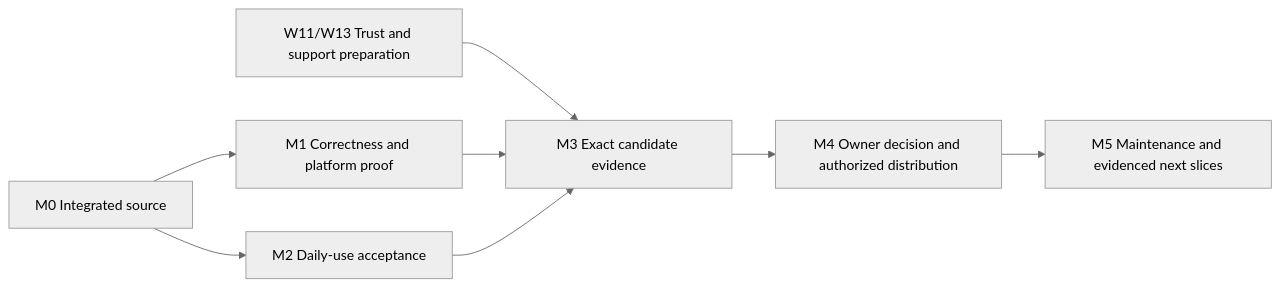
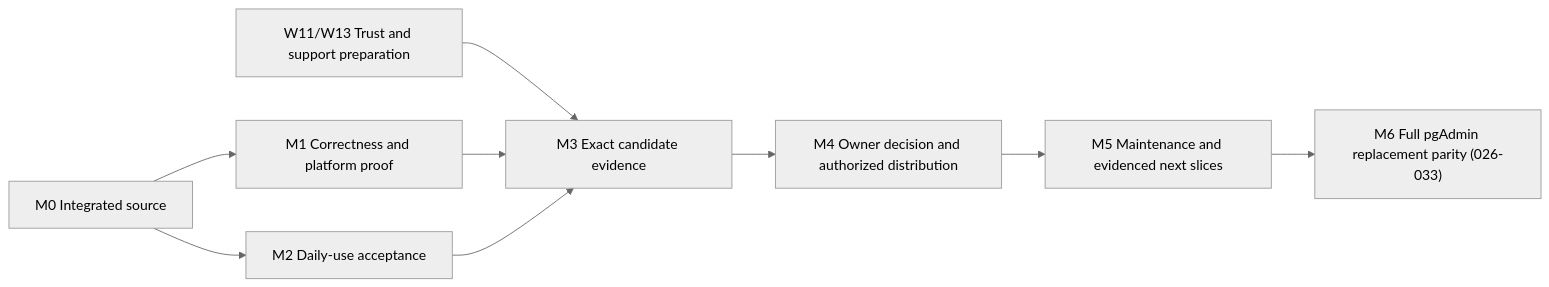
Before and after one commit to tkomane/ignatius: the diagram in docs/product/roadmap.md, drawn with Mermaid (neutral theme). The commit also changed other lines of this file and 12 other files, not shown here.

Commit message:
feat: add M6 pgAdmin parity roadmap, live PTY/plain DB e2e tests, and W12/W15 release probes (#59)

````diff
--- a/docs/product/roadmap.md
+++ b/docs/product/roadmap.md
@@ -123,13 +125,14 @@
 ```mermaid
 flowchart LR
     %% Planning dependencies, not a runtime deployment.
     %% Assumption: the intended 012-024 feature scope remains accepted.
     %% Open inputs: native terminal access, controlled cloud accounts and release trust choices.
     M0["M0 Integrated source"] --> M1["M1 Correctness and platform proof"]
     M0 --> M2["M2 Daily-use acceptance"]
     Prep["W11/W13 Trust and support preparation"] --> M3["M3 Exact candidate evidence"]
     M1 --> M3
     M2 --> M3
     M3 --> M4["M4 Owner decision and authorized distribution"]
     M4 --> M5["M5 Maintenance and evidenced next slices"]
+    M5 --> M6["M6 Full pgAdmin replacement parity (026-033)"]
 ```
````
